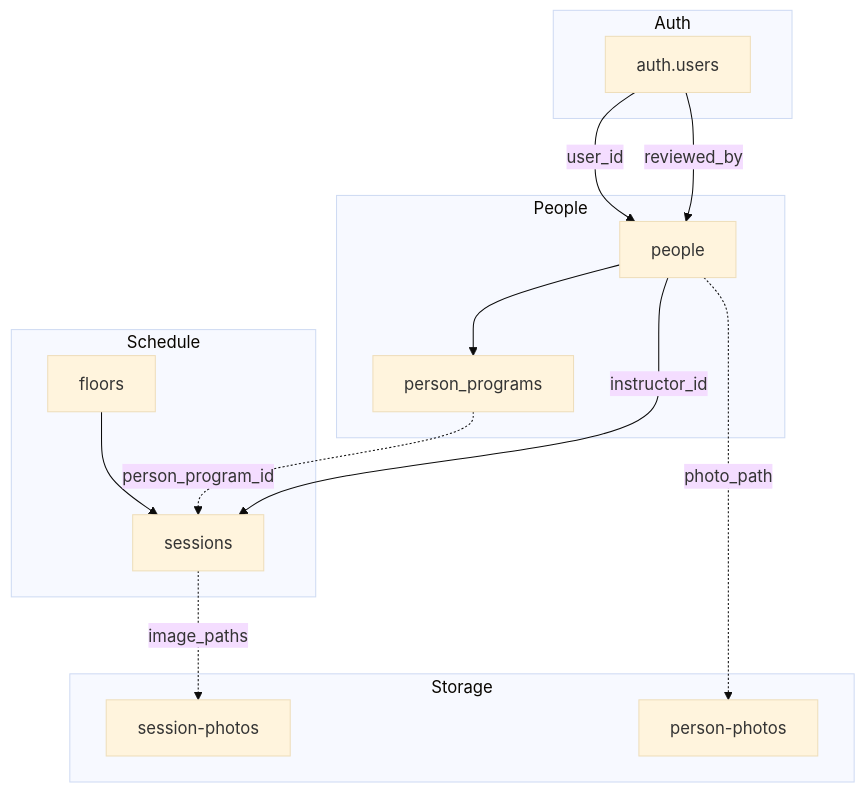
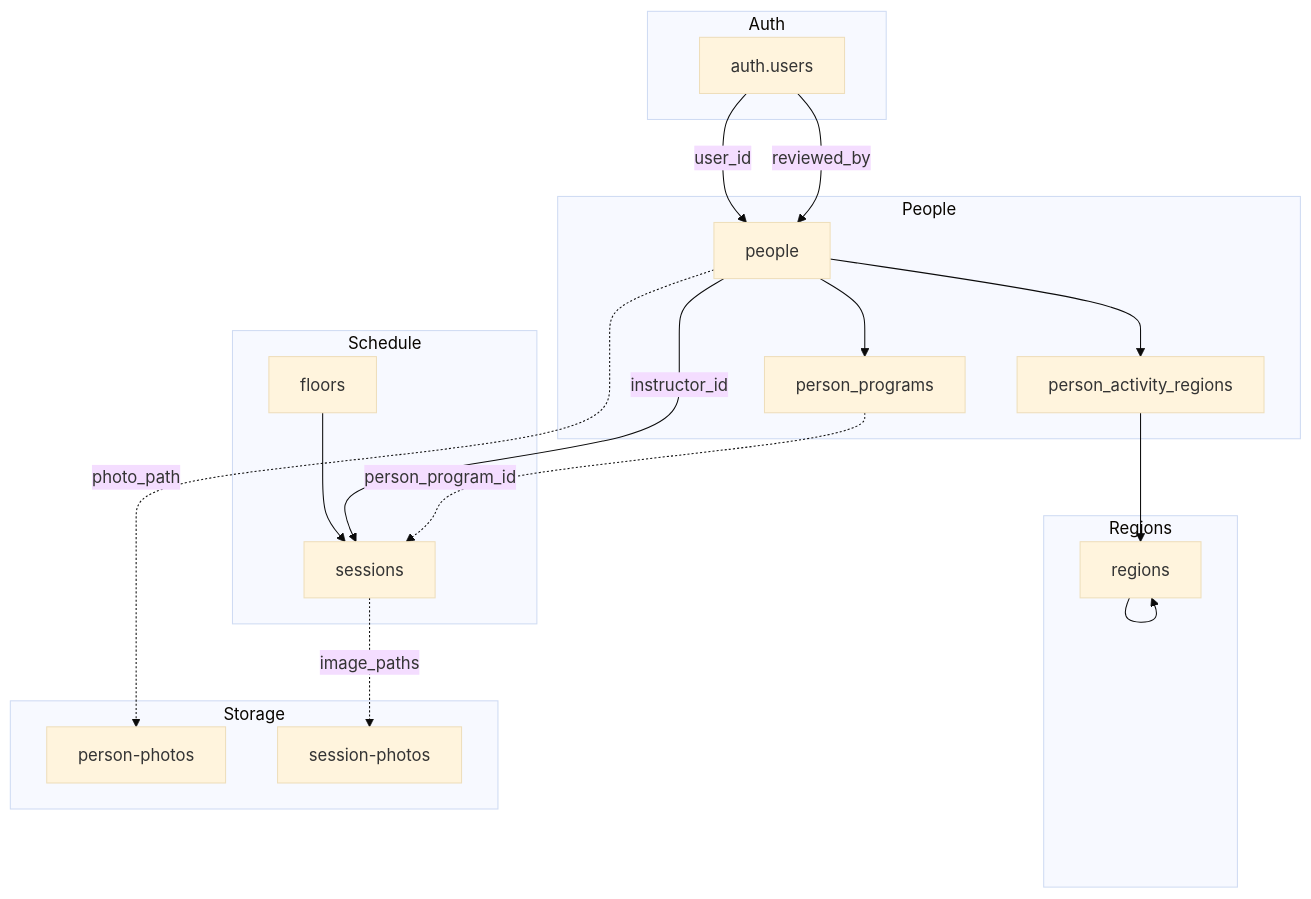
The second of 3 diagrams in docs/database-erd.md (greatgiho/thewellnesskorea), drawn with Mermaid (base theme) before and after one commit. The commit also changed other lines of this file and 26 other files, not shown here.

First line of the commit message:
Refactor people persist flow and enforce strict teacher email policy.

````diff
--- a/docs/database-erd.md
+++ b/docs/database-erd.md
@@ -125,30 +126,38 @@
 ```mermaid
 flowchart TB
     subgraph auth_domain [Auth]
         AU[auth.users]
     end
 
     subgraph people_domain [People]
         P[people]
         PP[person_programs]
+        PAR[person_activity_regions]
         P --> PP
+        P --> PAR
+    end
+
+    subgraph geo_domain [Regions]
+        R[regions]
+        R --> R
+        PAR --> R
     end
 
     subgraph schedule_domain [Schedule]
         F[floors]
         S[sessions]
         F --> S
     end
 
     subgraph storage_domain [Storage]
         BP[person-photos]
         BS[session-photos]
     end
 
     AU -->|user_id| P
     AU -->|reviewed_by| P
     P -->|instructor_id| S
     PP -.->|person_program_id| S
     P -.->|photo_path| BP
     S -.->|image_paths| BS
 ```
````
